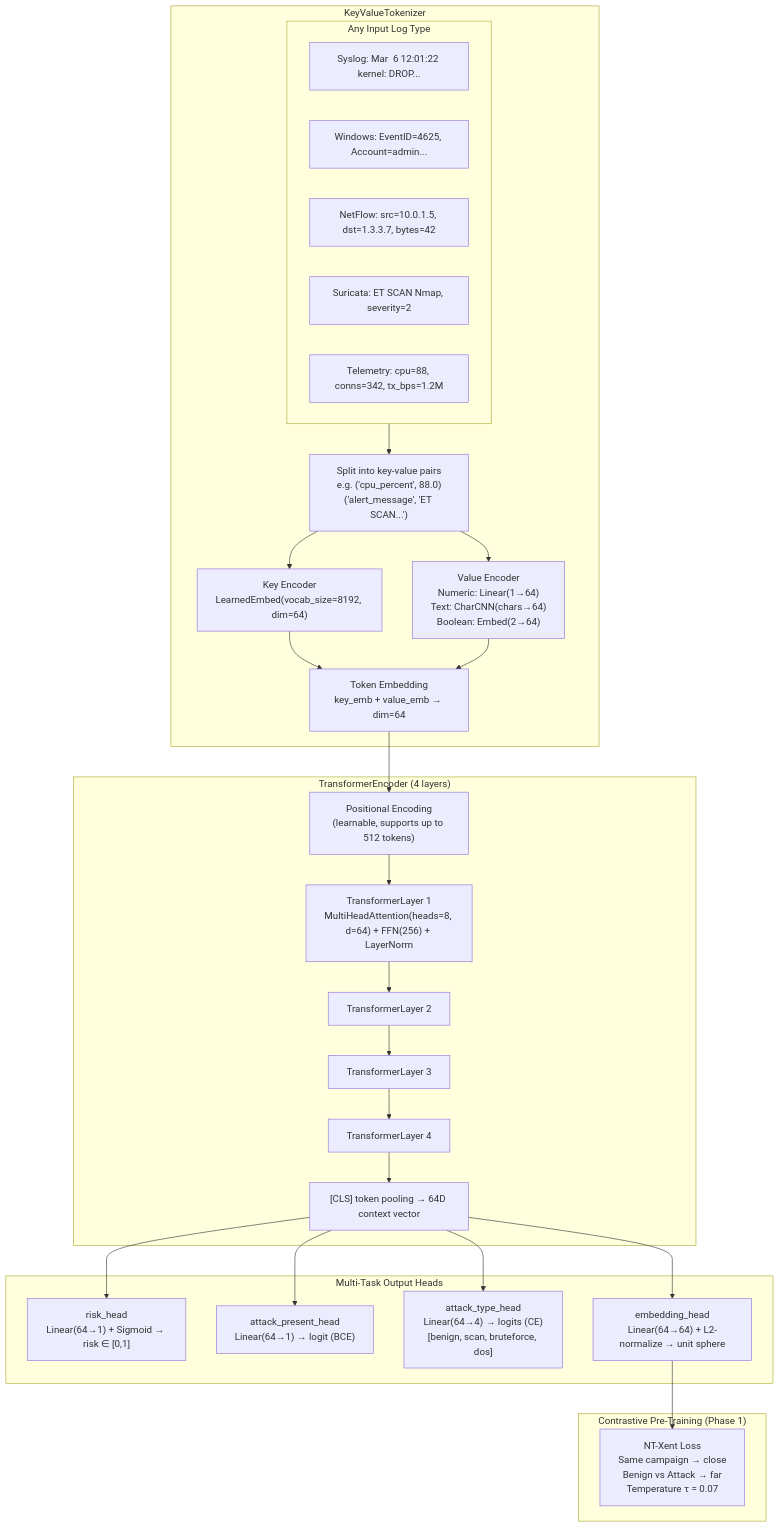
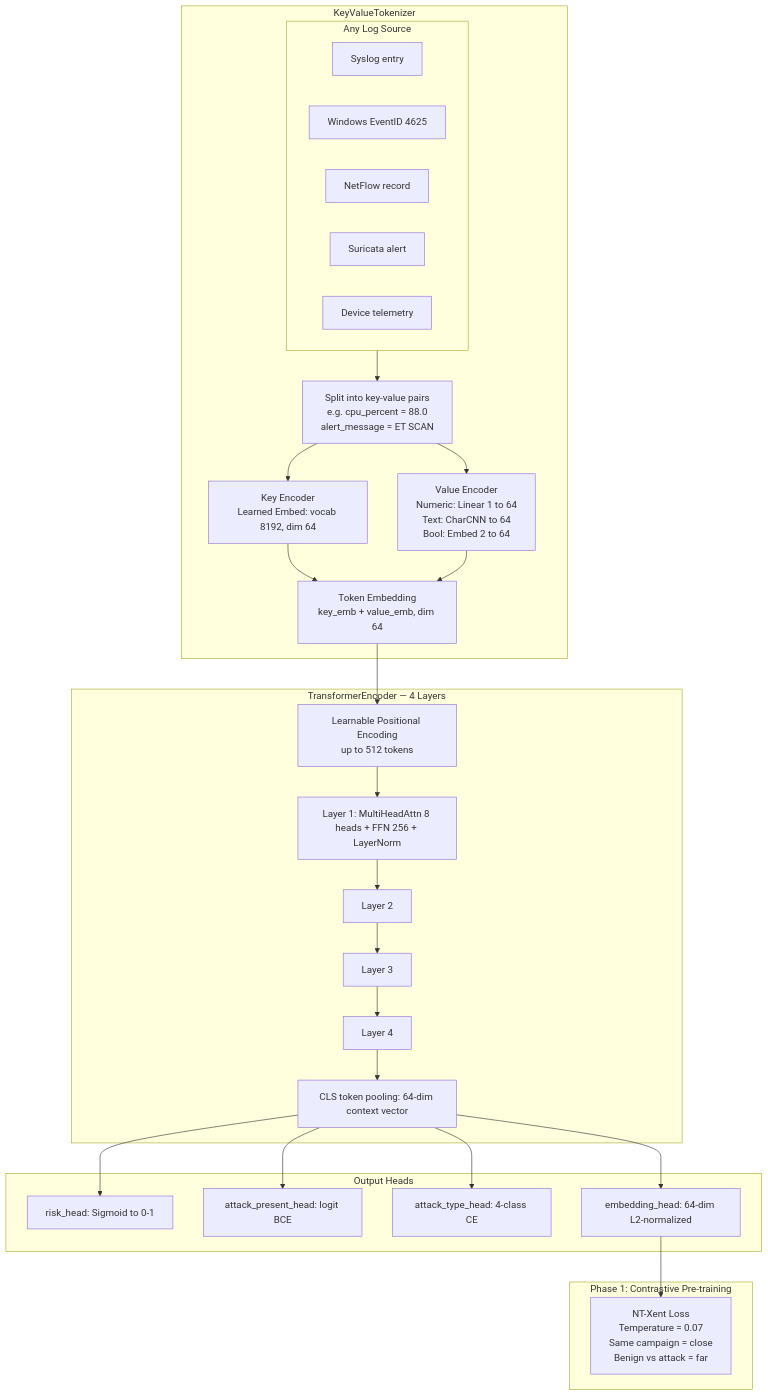
One commit to didi-09/AI_DRIVEN_SOAR changed the fourth of 15 diagrams in README.md. Above: the diagram before and after it, drawn with Mermaid. The commit also changed other lines of this file, not shown here.

Commit message:
Update fmt.Println message from 'Hello' to 'Goodbye'

````diff
--- a/README.md
+++ b/README.md
@@ -116,38 +116,38 @@
 ```mermaid
 flowchart TD
-    subgraph ANY["Any Input Log Type"]
-        SYSLOG["Syslog: Mar  6 12:01:22 kernel: DROP..."]
-        WINLOG["Windows: EventID=4625, Account=admin..."]
-        NETFLOW["NetFlow: src=10.0.1.5, dst=1.3.3.7, bytes=42"]
-        SURICATA["Suricata: ET SCAN Nmap, severity=2"]
-        TELEMETRY["Telemetry: cpu=88, conns=342, tx_bps=1.2M"]
+    subgraph ANY["Any Log Source"]
+        SYSLOG["Syslog entry"]
+        WINLOG["Windows EventID 4625"]
+        NETFLOW["NetFlow record"]
+        SURICATA["Suricata alert"]
+        TELEM["Device telemetry"]
     end
 
-    subgraph TOKENIZER["KeyValueTokenizer"]
-        ANY --> KVP["Split into key-value pairs\ne.g. ('cpu_percent', 88.0)\n('alert_message', 'ET SCAN...')"]
-        KVP --> KENC["Key Encoder\nLearnedEmbed(vocab_size=8192, dim=64)"]
-        KVP --> VENC["Value Encoder\nNumeric: Linear(1→64)\nText: CharCNN(chars→64)\nBoolean: Embed(2→64)"]
-        KENC --> SUM["Token Embedding\nkey_emb + value_emb → dim=64"]
+    subgraph TOK["KeyValueTokenizer"]
+        ANY --> KVP["Split into key-value pairs<br/>e.g. cpu_percent = 88.0<br/>alert_message = ET SCAN"]
+        KVP --> KENC["Key Encoder<br/>Learned Embed: vocab 8192, dim 64"]
+        KVP --> VENC["Value Encoder<br/>Numeric: Linear 1 to 64<br/>Text: CharCNN to 64<br/>Bool: Embed 2 to 64"]
+        KENC --> SUM["Token Embedding<br/>key_emb + value_emb, dim 64"]
         VENC --> SUM
     end
 
-    subgraph TRANSFORMER["TransformerEncoder (4 layers)"]
-        SUM --> PE["Positional Encoding\n(learnable, supports up to 512 tokens)"]
-        PE --> TL1["TransformerLayer 1\nMultiHeadAttention(heads=8, d=64) + FFN(256) + LayerNorm"]
-        TL1 --> TL2["TransformerLayer 2"]
-        TL2 --> TL3["TransformerLayer 3"]
-        TL3 --> TL4["TransformerLayer 4"]
-        TL4 --> POOL["[CLS] token pooling → 64D context vector"]
+    subgraph TFM["TransformerEncoder — 4 Layers"]
+        SUM --> PE["Learnable Positional Encoding<br/>up to 512 tokens"]
+        PE --> TL1["Layer 1: MultiHeadAttn 8 heads + FFN 256 + LayerNorm"]
+        TL1 --> TL2["Layer 2"]
+        TL2 --> TL3["Layer 3"]
+        TL3 --> TL4["Layer 4"]
+        TL4 --> POOL["CLS token pooling: 64-dim context vector"]
     end
 
-    subgraph HEADS["Multi-Task Output Heads"]
-        POOL --> RH["risk_head\nLinear(64→1) + Sigmoid → risk ∈ [0,1]"]
-        POOL --> APH["attack_present_head\nLinear(64→1) → logit (BCE)"]
-        POOL --> ATH["attack_type_head\nLinear(64→4) → logits (CE)\n[benign, scan, bruteforce, dos]"]
-        POOL --> EH["embedding_head\nLinear(64→64) + L2-normalize → unit sphere"]
+    subgraph HEADS["Output Heads"]
+        POOL --> RH["risk_head: Sigmoid to 0-1"]
+        POOL --> APH["attack_present_head: logit BCE"]
+        POOL --> ATH["attack_type_head: 4-class CE"]
+        POOL --> EH["embedding_head: 64-dim L2-normalized"]
     end
 
-    subgraph CONTRASTIVE["Contrastive Pre-Training (Phase 1)"]
-        EH --> NT["NT-Xent Loss\nSame campaign → close\nBenign vs Attack → far\nTemperature τ = 0.07"]
+    subgraph CON["Phase 1: Contrastive Pre-training"]
+        EH --> NT["NT-Xent Loss<br/>Temperature = 0.07<br/>Same campaign = close<br/>Benign vs attack = far"]
     end
 ```
````
